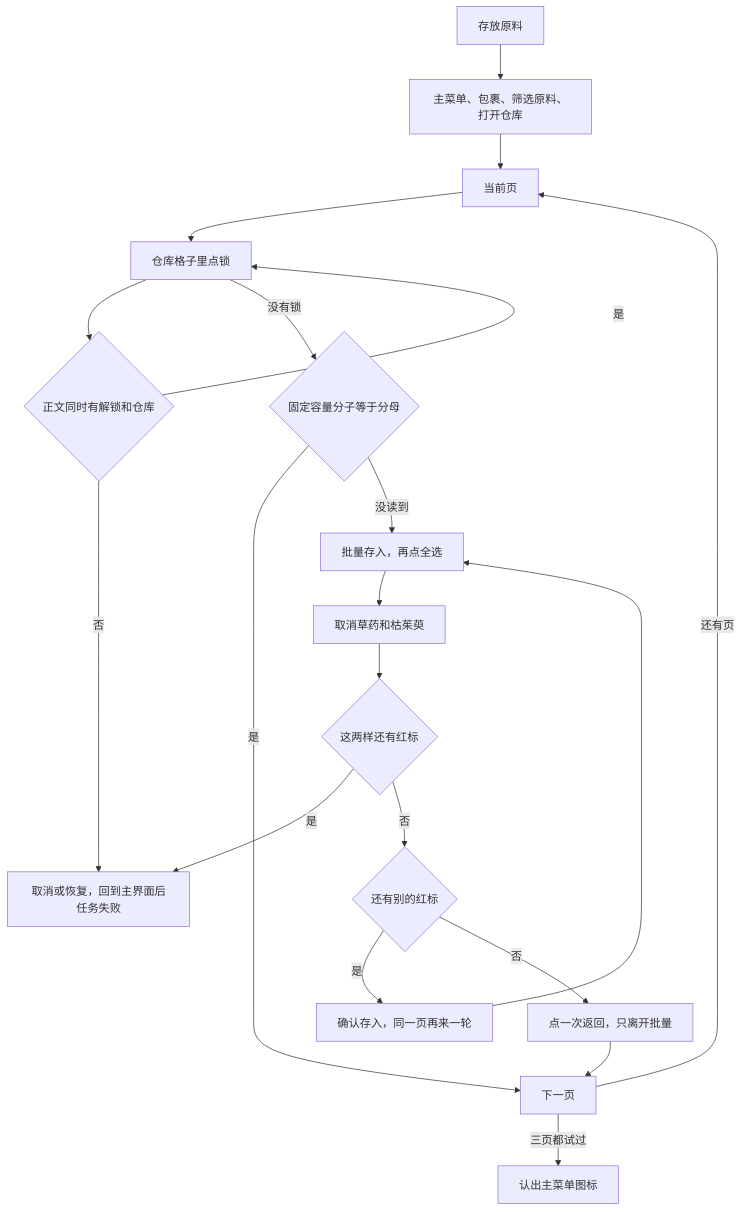
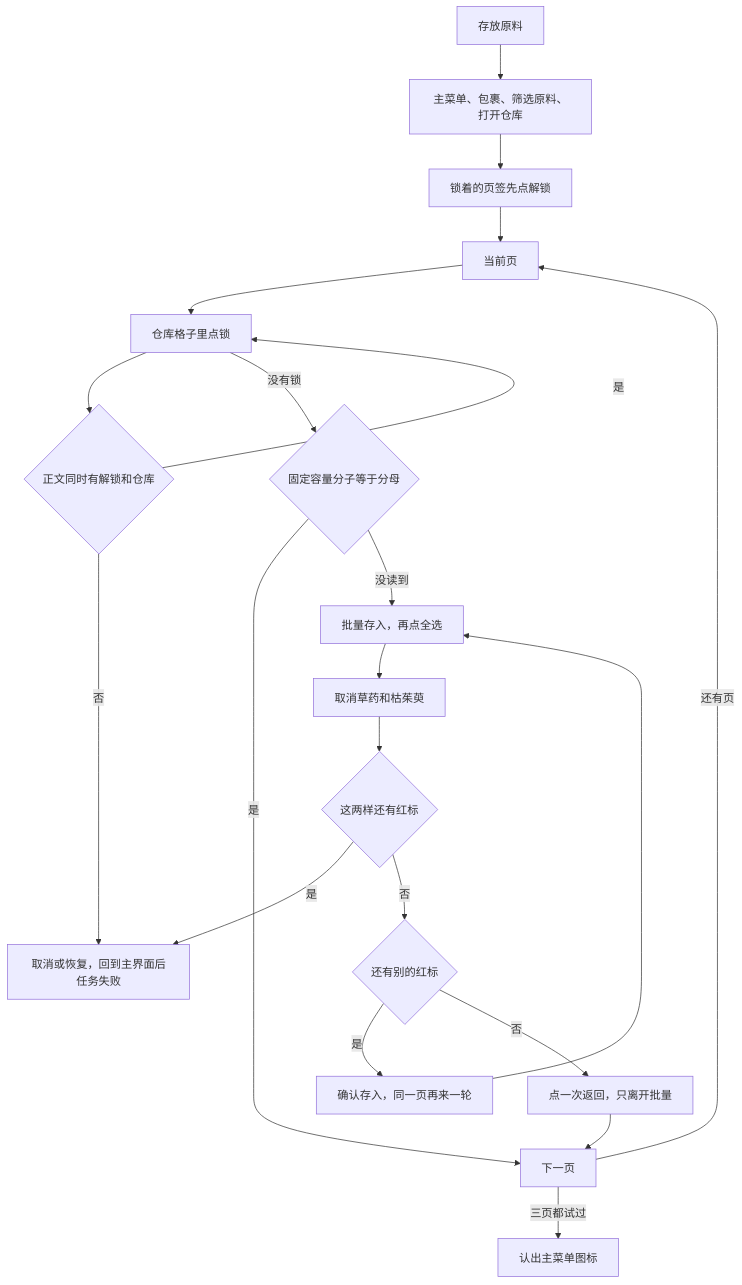
Before and after one commit to 82488059/MAAJN: the first of 2 diagrams in docs/zh_cn/存放原料.md, drawn with Mermaid. The commit also changed other lines of this file and 5 other files, not shown here.

````diff
--- a/docs/zh_cn/存放原料.md
+++ b/docs/zh_cn/存放原料.md
@@ -31,30 +31,31 @@
 ```mermaid
 flowchart TD
   entry["存放原料"]
   open["主菜单、包裹、筛选原料、打开仓库"]
+  tabs["锁着的页签先点解锁"]
   page["当前页"]
   unlock["仓库格子里点锁"]
   words{"正文同时有解锁和仓库"}
   full{"固定容量分子等于分母"}
   batch["批量存入，再点全选"]
   drop["取消草药和枯茱萸"]
   still{"这两样还有红标"}
   other{"还有别的红标"}
   save["确认存入，同一页再来一轮"]
   leave["点一次返回，只离开批量"]
   nextpage["下一页"]
   home["认出主菜单图标"]
   fail["取消或恢复，回到主界面后任务失败"]
-  entry --> open --> page --> unlock --> words
+  entry --> open --> tabs --> page --> unlock --> words
   words -->|是| unlock
   words -->|否| fail
   unlock -->|没有锁| full
   full -->|是| nextpage
   full -->|没读到| batch --> drop --> still
   still -->|是| fail
   still -->|否| other
   other -->|是| save --> batch
   other -->|否| leave --> nextpage
   nextpage -->|还有页| page
   nextpage -->|三页都试过| home
 ```
````
